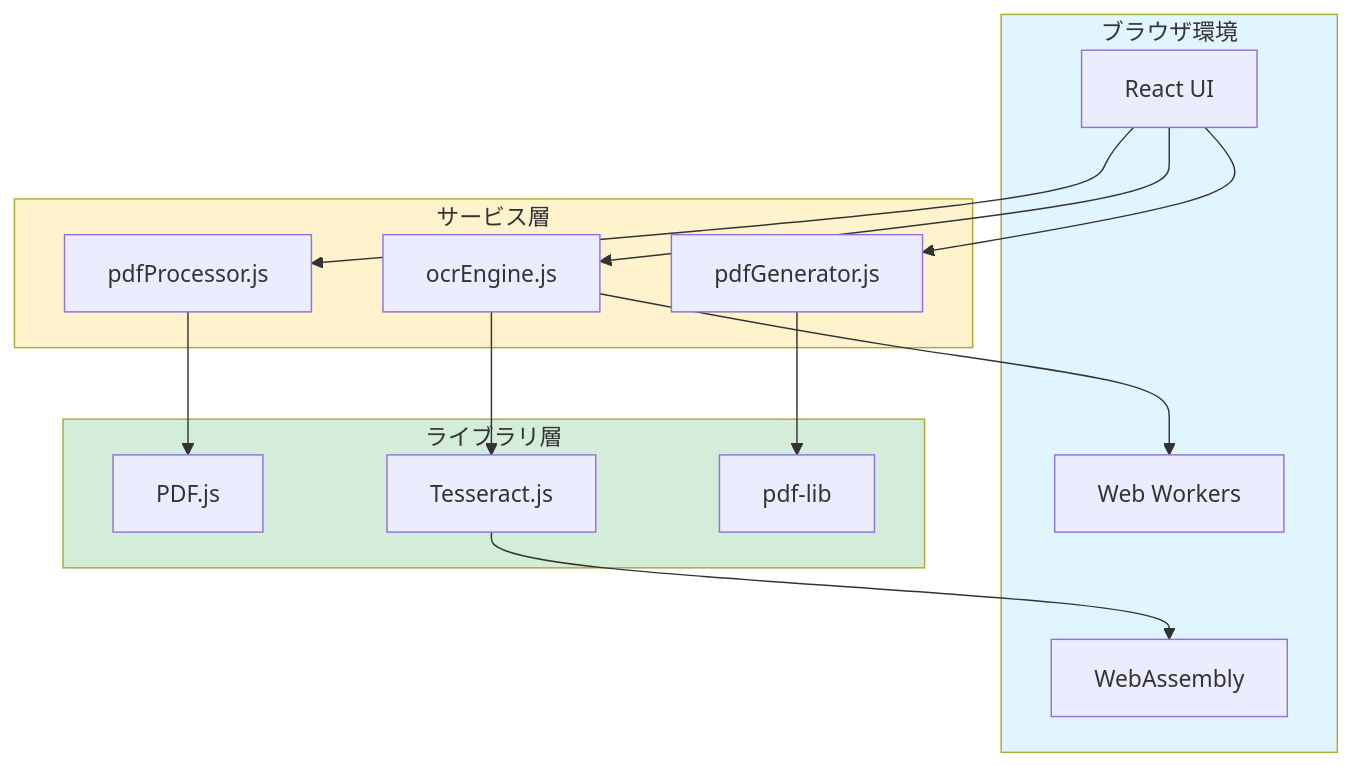
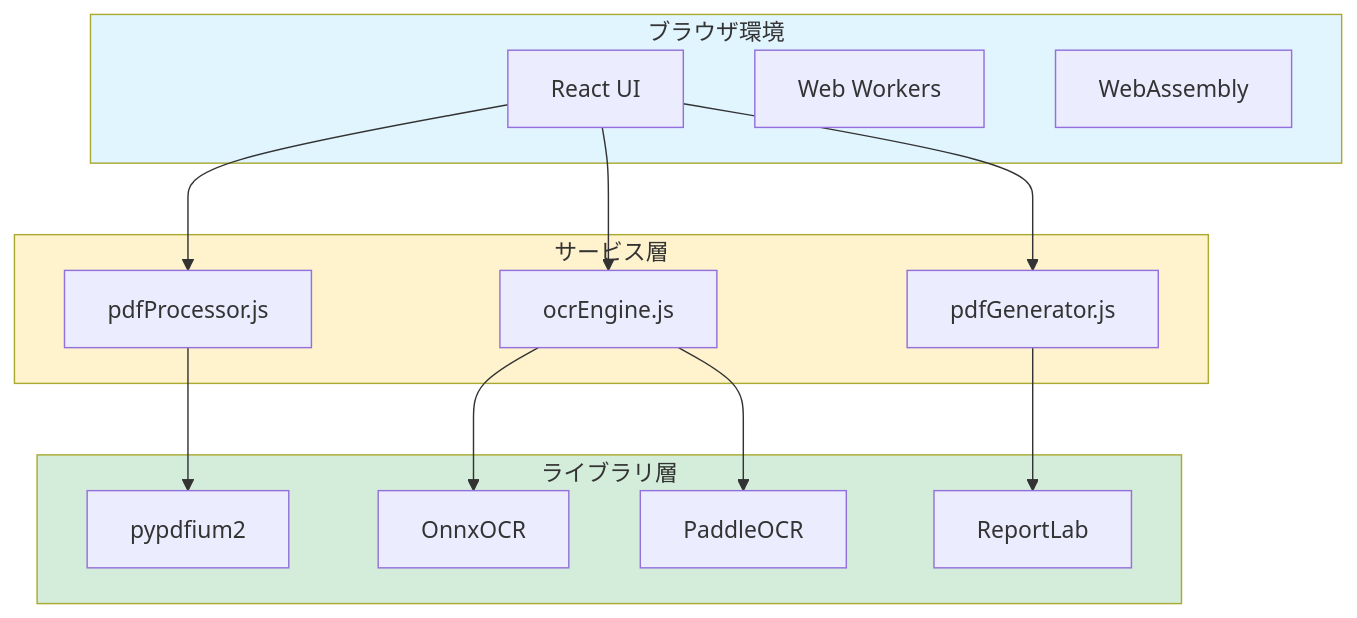
One commit to J1921604/OCR-PDF-Converter changed the second of 5 diagrams in docs/完全仕様書.md. Above: the diagram before and after it, drawn with Mermaid. The commit also changed other lines of this file and 254 other files, not shown here.

First line of the commit message:
docs: tesseract.jsへの記載を全削除、Python Backend (OnnxOCR/PaddleOCR)に統一

````diff
--- a/docs/完全仕様書.md
+++ b/docs/完全仕様書.md
@@ -322,35 +322,34 @@
 ```mermaid
 flowchart TD
     subgraph browser["ブラウザ環境"]
         UI[React UI]
         Worker[Web Workers]
         WASM[WebAssembly]
     end
     
     subgraph services["サービス層"]
         PDF[pdfProcessor.js]
         OCR[ocrEngine.js]
         Gen[pdfGenerator.js]
     end
     
     subgraph libs["ライブラリ層"]
-        PDFJS[PDF.js]
-        TESS[Tesseract.js]
-        PDFLIB[pdf-lib]
+        PDFJS[pypdfium2]
+        OCR1[OnnxOCR]
+        OCR2[PaddleOCR]
+        RL[ReportLab]
     end
     
     UI --> PDF
     UI --> OCR
     UI --> Gen
     
-    PDF --> PDFJS
-    OCR --> TESS
-    Gen --> PDFLIB
-    
-    TESS --> WASM
-    OCR --> Worker
+    PDF --> PDFJS[pypdfium2]
+    OCR --> OCR1[OnnxOCR]
+    OCR --> OCR2[PaddleOCR]
+    Gen --> RL[ReportLab]
     
     style browser fill:#e1f5ff
     style services fill:#fff3cd
     style libs fill:#d4edda
 ```
````
